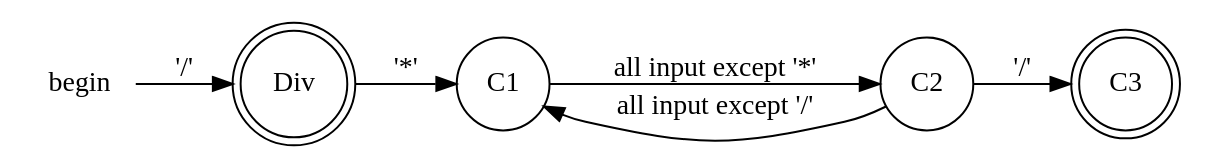
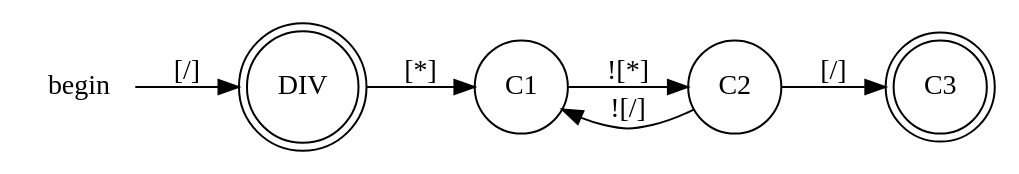
One commit to cxrasdfg/sdb changed the third of 7 diagrams in src/parser/doc/lexer.org. Above: the diagram before and after it, drawn with Graphviz. The commit also changed other lines of this file and 7 other files, not shown here.

Commit message:
[finish] doc/lexer.org toatal FA graph

```diff
--- a/src/parser/doc/lexer.org
+++ b/src/parser/doc/lexer.org
@@ -41,17 +40,14 @@
      #+BEGIN_SRC  dot :file ./comment_fa2.png :exports results
-     digraph C_NFA_1 {
+     digraph C_NFA_2 {
      rankdir = LR;
      node [shape = circle];
-
      begin [shape = none];
-
-     Div [shape = doublecircle];
+     DIV [shape = doublecircle];
      C3 [shape = doublecircle];
-
-     begin -> Div [label = "'/'"];
-     Div -> C1 [label = "'*'"];
-     C1 -> C2 [label = "all input except '*'"];
-     C2 -> C3 [label = "'/'"];
-     C2 -> C1 [label = "all input except '/'"];
+     begin -> DIV [label = "[/]"];
+     DIV -> C1 [label = "[*]"];
+     C1 -> C2 [label = "![*]"];
+     C2 -> C3 [label = "[/]"];
+     C2 -> C1 [label = "![/]"];
      }
      #+END_SRC
```
